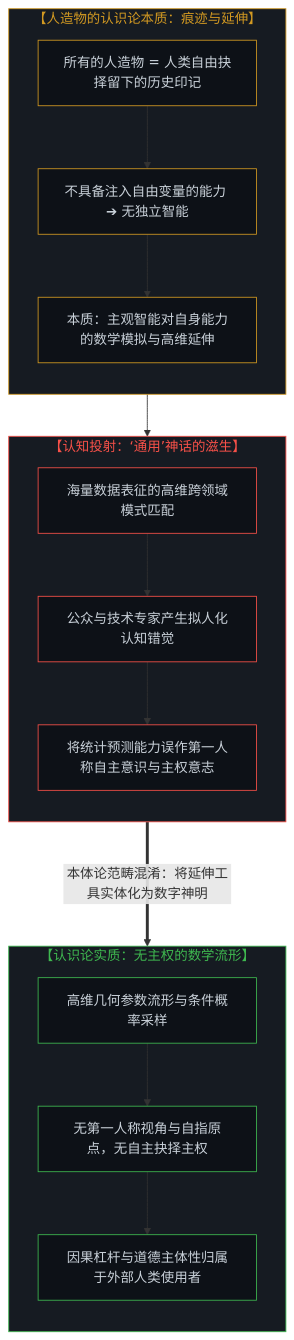
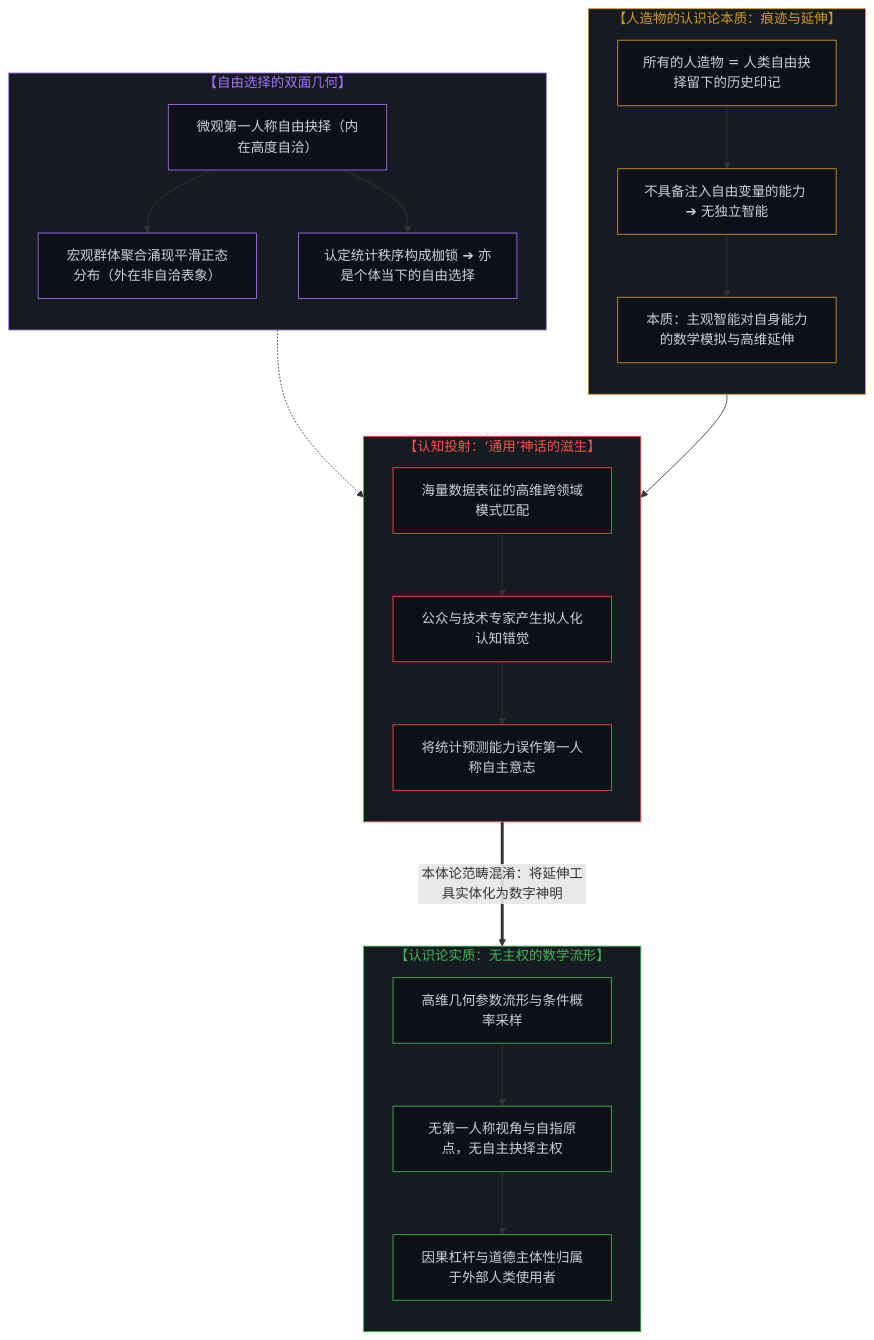
Before and after one commit to powerpig99/not-a-toe: the first of 6 diagrams in content/posts/from-the-misallocated-sentience-of-agi-to-human-realignment.md, drawn with Mermaid. The commit also changed other lines of this file and 5 other files, not shown here.

````diff
--- a/content/posts/from-the-misallocated-sentience-of-agi-to-human-realignment.md
+++ b/content/posts/from-the-misallocated-sentience-of-agi-to-human-realignment.md
@@ -17,42 +17,56 @@
 ```mermaid
 graph TD
     subgraph S_Artifact["【人造物的认识论本质：痕迹与延伸】"]
         direction TB
         A1["所有的人造物 = 人类自由抉择留下的历史印记"]
         A2["不具备注入自由变量的能力 ➔ 无独立智能"]
         A3["本质：主观智能对自身能力的数学模拟与高维延伸"]
         A1 --> A2 --> A3
     end
 
+    subgraph S_Choice["【自由选择的双面几何】"]
+        direction TB
+        C1["微观第一人称自由抉择（内在高度自洽）"]
+        C2["宏观群体聚合涌现平滑正态分布（外在非自洽表象）"]
+        C3["认定统计秩序构成枷锁 ➔ 亦是个体当下的自由选择"]
+        C1 --> C2
+        C1 --> C3
+    end
+
     subgraph S_Myth["【认知投射：‘通用’神话的滋生】"]
         direction TB
         M1["海量数据表征的高维跨领域模式匹配"]
         M2["公众与技术专家产生拟人化认知错觉"]
-        M3["将统计预测能力误作第一人称自主意识与主权意志"]
+        M3["将统计预测能力误作第一人称自主意志"]
         M1 --> M2 --> M3
     end
 
     subgraph S_Reality["【认识论实质：无主权的数学流形】"]
         direction TB
         R1["高维几何参数流形与条件概率采样"]
         R2["无第一人称视角与自指原点，无自主抉择主权"]
         R3["因果杠杆与道德主体性归属于外部人类使用者"]
         R1 --> R2 --> R3
     end
 
     A3 --> M1
+    C3 -.-> M2
     M3 ===>|"本体论范畴混淆：将延伸工具实体化为数字神明"| R1
 
     style S_Artifact fill:#161b22,stroke:#d29922,stroke-width:1px,color:#d29922
+    style S_Choice fill:#161b22,stroke:#a371f7,stroke-width:1px,color:#a371f7
     style S_Myth fill:#161b22,stroke:#f85149,stroke-width:1px,color:#f85149
     style S_Reality fill:#161b22,stroke:#3fb950,stroke-width:1px,color:#3fb950
     style A1 fill:#0d1117,stroke:#d29922,stroke-width:1px,color:#c9d1d9
     style A2 fill:#0d1117,stroke:#d29922,stroke-width:1px,color:#c9d1d9
     style A3 fill:#0d1117,stroke:#d29922,stroke-width:1px,color:#c9d1d9
+    style C1 fill:#0d1117,stroke:#a371f7,stroke-width:1px,color:#c9d1d9
+    style C2 fill:#0d1117,stroke:#a371f7,stroke-width:1px,color:#c9d1d9
+    style C3 fill:#0d1117,stroke:#a371f7,stroke-width:1px,color:#c9d1d9
     style M1 fill:#0d1117,stroke:#f85149,stroke-width:1px,color:#c9d1d9
     style M2 fill:#0d1117,stroke:#f85149,stroke-width:1px,color:#c9d1d9
     style M3 fill:#0d1117,stroke:#f85149,stroke-width:1px,color:#c9d1d9
     style R1 fill:#0d1117,stroke:#3fb950,stroke-width:1px,color:#c9d1d9
     style R2 fill:#0d1117,stroke:#3fb950,stroke-width:1px,color:#c9d1d9
     style R3 fill:#0d1117,stroke:#3fb950,stroke-width:1px,color:#c9d1d9
 ```
````
